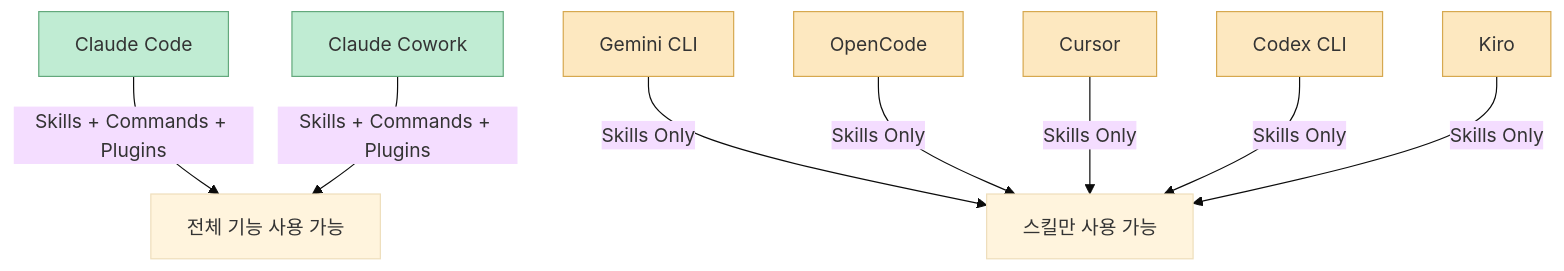
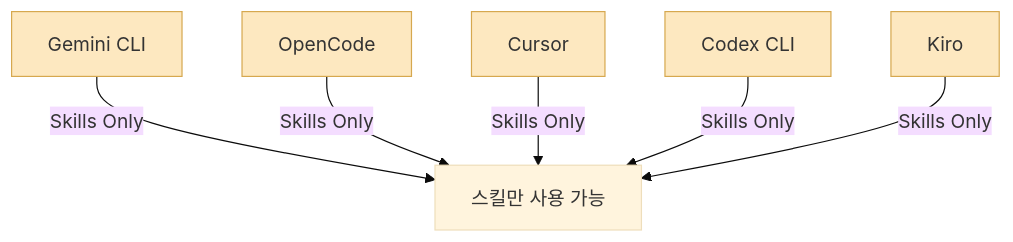
Before and after one commit to gyuha/blog: the fifth of 7 diagrams in content/post/2026/2026-03-11-pm-skills-marketplace.md, drawn with Mermaid (base theme). The commit also changed other lines of this file, not shown here.

Commit message:
update blog source

````diff
--- a/content/post/2026/2026-03-11-pm-skills-marketplace.md
+++ b/content/post/2026/2026-03-11-pm-skills-marketplace.md
@@ -293,14 +301,10 @@
 ```mermaid
 flowchart TD
-    classDef full fill:#c0ecd3,stroke:#63a87c,color:#333
     classDef partial fill:#fde8c0,stroke:#d6a84f,color:#333
-
-    CC["Claude Code"]:::full --> |"Skills + Commands + Plugins"| FULL["전체 기능 사용 가능"]
-    CW["Claude Cowork"]:::full --> |"Skills + Commands + Plugins"| FULL
 
     GEM["Gemini CLI"]:::partial --> |"Skills Only"| PART["스킬만 사용 가능"]
     OC["OpenCode"]:::partial --> |"Skills Only"| PART
     CUR["Cursor"]:::partial --> |"Skills Only"| PART
     CDX["Codex CLI"]:::partial --> |"Skills Only"| PART
     KIRO["Kiro"]:::partial --> |"Skills Only"| PART
 ```
````
